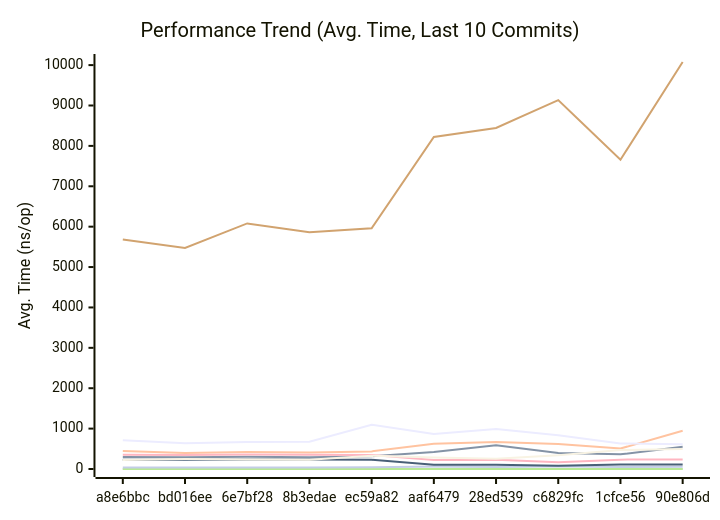
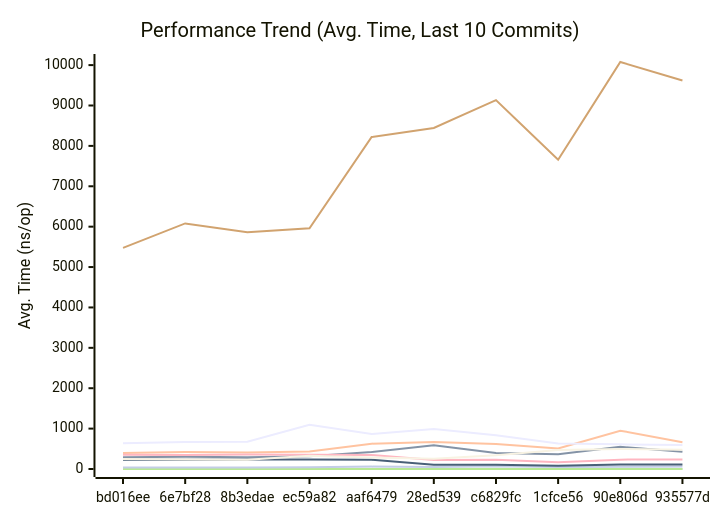
One commit to alsotoes/momo changed the first of 3 diagrams in docs/PERFORMANCE.md. Above: the diagram before and after it, drawn with Mermaid. The commit also changed other lines of this file and 3 other files, not shown here.

````diff
--- a/docs/PERFORMANCE.md
+++ b/docs/PERFORMANCE.md
@@ -128,18 +128,18 @@
 ```mermaid
 xychart-beta
     title "Performance Trend (Avg. Time, Last 10 Commits)"
     x-axis "Commit"
     y-axis "Avg. Time (ns/op)"
-    x-axis [a8e6bbc,bd016ee,6e7bf28,8b3edae,ec59a82,aaf6479,28ed539,c6829fc,1cfce56,90e806d]
-    line "CheckMetricsAndSwap" [9,8,8,8,10,11,9,9,8,11]
-    line "CrushOptimized" [300,289,304,293,317,420,587,396,363,549]
-    line "CrushOriginal" [443,396,419,409,436,627,667,620,506,949]
-    line "IndexDirectTracking" [0,0,0,0,0,1,0,0,0,0]
-    line "IndexSearch" [2,2,2,2,2,3,2,2,2,2]
-    line "LoadGlobalConfig" [5683,5474,6080,5863,5958,8220,8445,9134,7656,10077]
-    line "PadString" [39,36,39,39,41,59,49,67,48,56]
+    x-axis [bd016ee,6e7bf28,8b3edae,ec59a82,aaf6479,28ed539,c6829fc,1cfce56,90e806d,935577d]
+    line "CheckMetricsAndSwap" [8,8,8,10,11,9,9,8,11,10]
+    line "CrushOptimized" [289,304,293,317,420,587,396,363,549,426]
+    line "CrushOriginal" [396,419,409,436,627,667,620,506,949,663]
+    line "IndexDirectTracking" [0,0,0,0,1,0,0,0,0,0]
+    line "IndexSearch" [2,2,2,2,3,2,2,2,2,2]
+    line "LoadGlobalConfig" [5474,6080,5863,5958,8220,8445,9134,7656,10077,9618]
+    line "PadString" [36,39,39,41,59,49,67,48,56,64]
     line "ParseReplicationOrder_NoPrealloc" [350,349,357,354,345,225,229,165,232,234]
     line "ParseReplicationOrder_Prealloc" [229,231,237,234,229,108,107,80,110,109]
-    line "SanitizeLog/Safe" [222,245,238,231,326,287,252,342,470,497]
-    line "SanitizeLog/Unsafe" [710,640,671,675,1095,866,989,838,634,610]
+    line "SanitizeLog/Safe" [245,238,231,326,287,252,342,470,497,475]
+    line "SanitizeLog/Unsafe" [640,671,675,1095,866,989,838,634,610,596]
 ```
````
